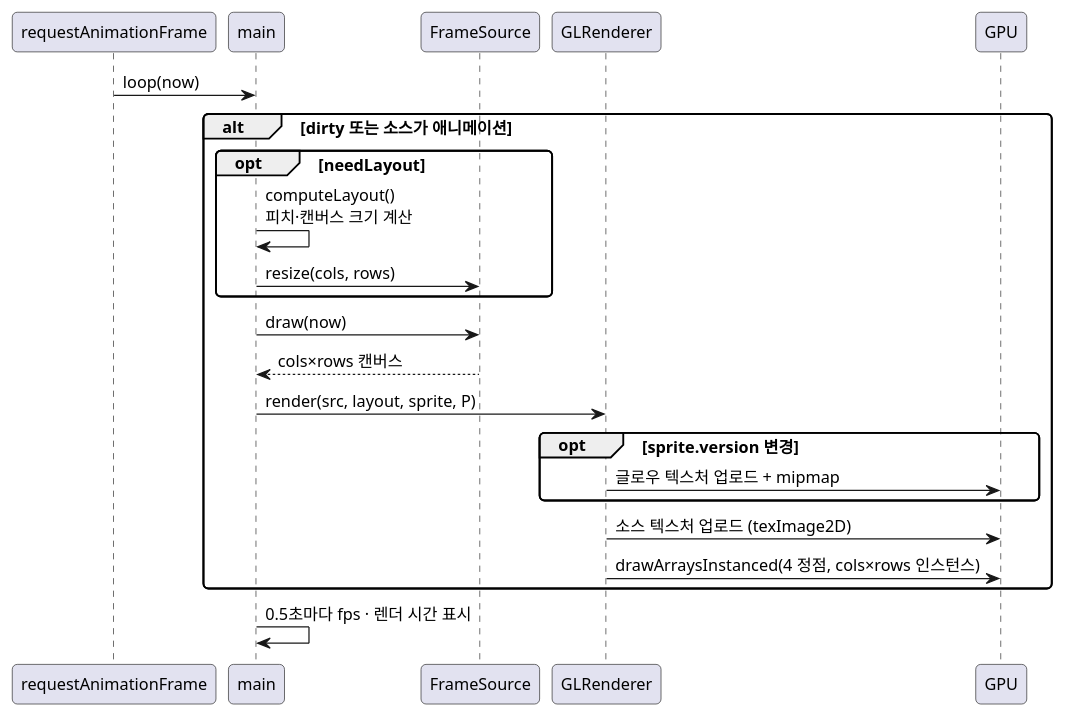
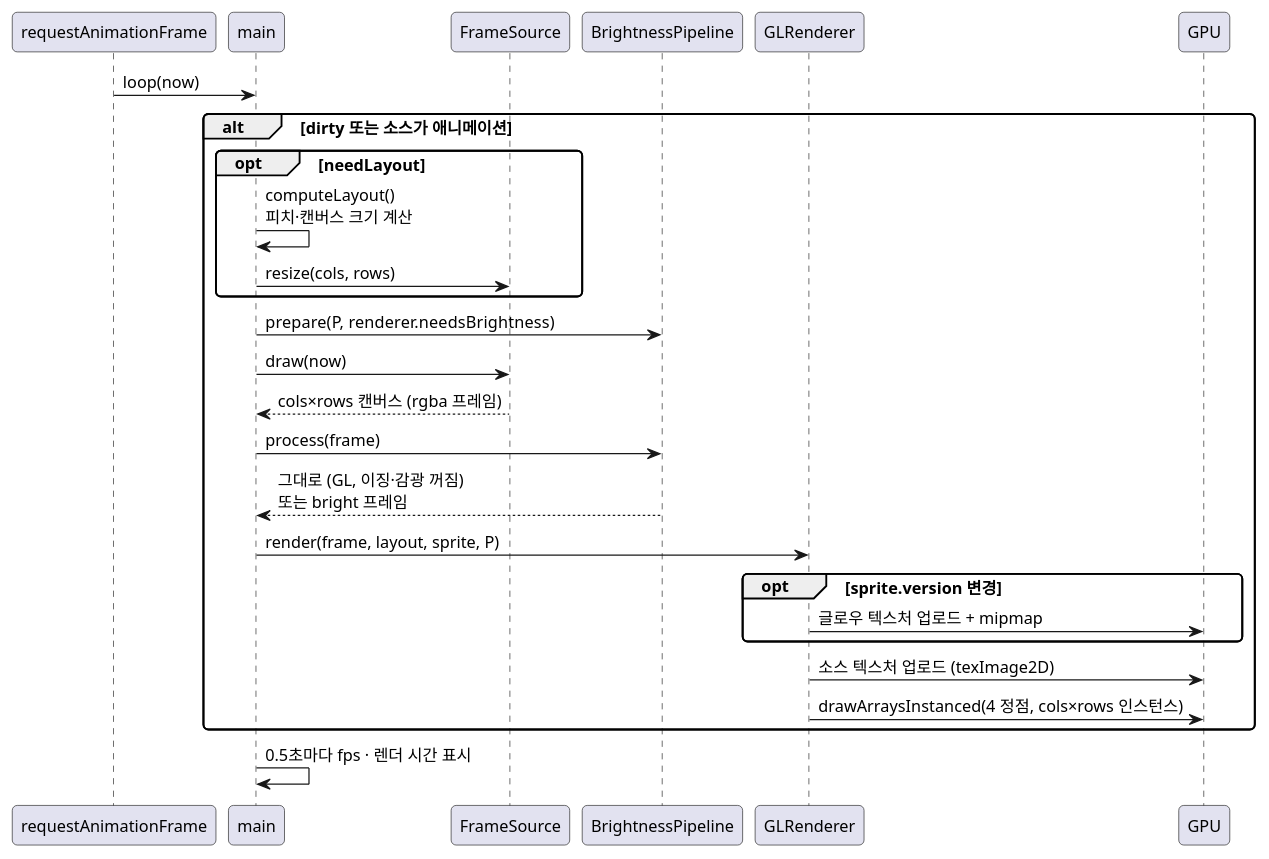
The second of 3 diagrams in docs/design.md (jujuroa/ledboard), drawn with PlantUML before and after one commit. The commit also changed other lines of this file and 11 other files, not shown here.

````diff
--- a/docs/design.md
+++ b/docs/design.md
@@ -154,32 +172,36 @@
 ```plantuml
 @startuml
 skinparam backgroundColor #FFFFFF
 skinparam shadowing false
 skinparam defaultFontName "Malgun Gothic"
 skinparam defaultFontSize 13
 skinparam roundCorner 8
 
 participant "requestAnimationFrame" as RAF
 participant "main" as M
 participant "FrameSource" as S
+participant "BrightnessPipeline" as BP
 participant "GLRenderer" as R
 participant "GPU" as G
 
 RAF -> M : loop(now)
 alt dirty 또는 소스가 애니메이션
   opt needLayout
     M -> M : computeLayout()\n피치·캔버스 크기 계산
     M -> S : resize(cols, rows)
   end
+  M -> BP : prepare(P, renderer.needsBrightness)
   M -> S : draw(now)
-  S --> M : cols×rows 캔버스
-  M -> R : render(src, layout, sprite, P)
+  S --> M : cols×rows 캔버스 (rgba 프레임)
+  M -> BP : process(frame)
+  BP --> M : 그대로 (GL, 이징·감광 꺼짐)\n또는 bright 프레임
+  M -> R : render(frame, layout, sprite, P)
   opt sprite.version 변경
     R -> G : 글로우 텍스처 업로드 + mipmap
   end
   R -> G : 소스 텍스처 업로드 (texImage2D)
   R -> G : drawArraysInstanced(4 정점, cols×rows 인스턴스)
 end
 M -> M : 0.5초마다 fps · 렌더 시간 표시
 @enduml
 ```
````
